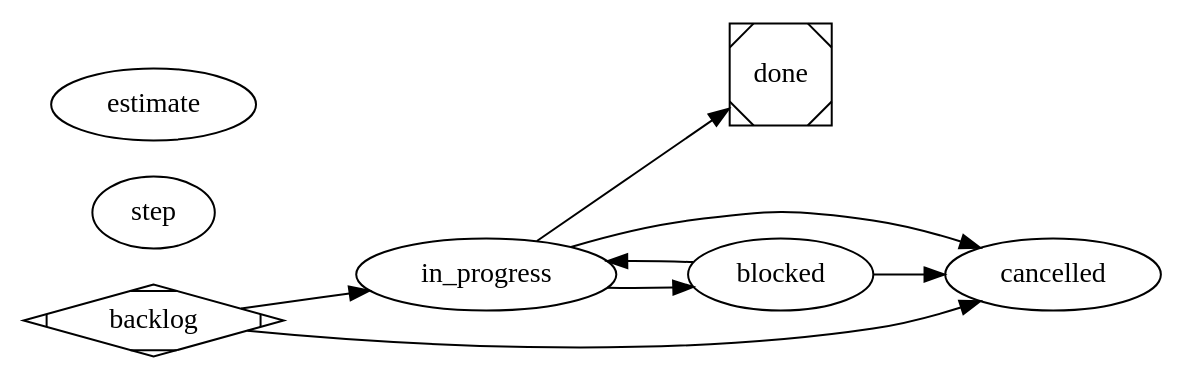
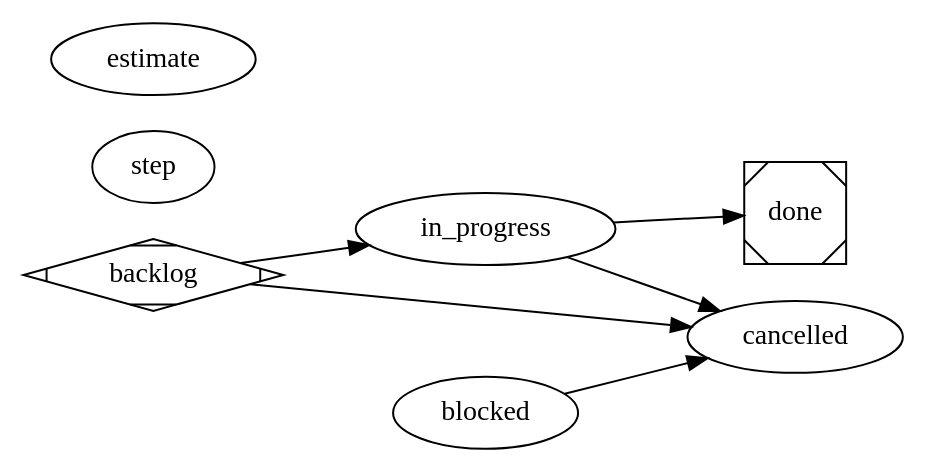
Before and after one commit to bobmcallan/satelle: the diagram in internal/config/substrate/workflows/satelle-baseline-workflow.md, drawn with Graphviz. The commit also changed 33 other files, not shown here.

````diff
--- a/internal/config/substrate/workflows/satelle-baseline-workflow.md
+++ b/internal/config/substrate/workflows/satelle-baseline-workflow.md
@@ -20,32 +20,28 @@
 ```dot
 digraph satelle_baseline {
   graph [goal="The order-zero lifecycle every satelle repo inherits", vars="story"]
   rankdir=LR
 
   backlog     [shape=Mdiamond]
   in_progress [agent=executor]
   done        [shape=Msquare, agent=reviewer, prompt="@skill:satelle-story-done-review"]
   cancelled   [agent=reviewer, prompt="@skill:satelle-story-cancel-review"]
   // Park state: world-not-ready. agent=reviewer so it is not engaged (edit/commit gates).
-  blocked     [agent=reviewer, prompt="@skill:satelle-story-blocked-review"]
+  blocked     [agent=reviewer, prompt="@skill:satelle-story-blocked-review", from="*"]
   // step is a transparent, edge-less declaration (sty_9a139c78): it opts this
   // workflow into per-transition step summaries (satelle-step-summary), marked
   // mandatory so a summary failure is surfaced. It is not a lifecycle state.
   step        [agent=reviewer, prompt="@skill:satelle-step-summary", mandatory=true]
   // estimate is a declared scoped reviewer (edge-less, on="<target states>"): the
   // workflow itself declares the always-on plan-estimate/actual gate, so the DOT is
   // the sole gating authority — no skill tag injects an undeclared gate (sty_ca9f675f).
   // Advisory where the skill is absent (a fresh repo); enforced where present.
   estimate    [agent=reviewer, prompt="@skill:satelle-estimate-actual-review", on="in_progress,done"]
 
   backlog -> in_progress [agent=reviewer, prompt="@skill:satelle-story-intent-review"]
   in_progress -> done
-
-  in_progress -> blocked [agent=reviewer, prompt="@skill:satelle-story-blocked-review"]
-  blocked     -> in_progress
-
   backlog     -> cancelled
   in_progress -> cancelled
   blocked     -> cancelled
 }
 ```
````
